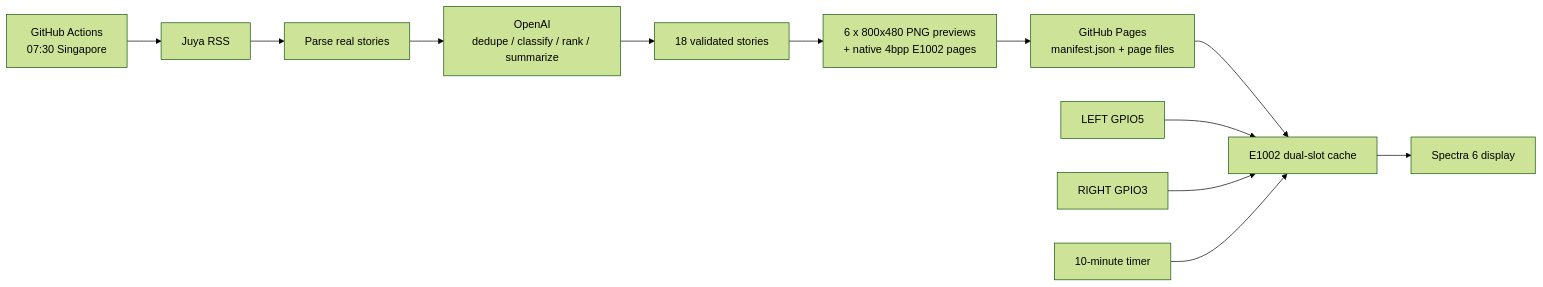
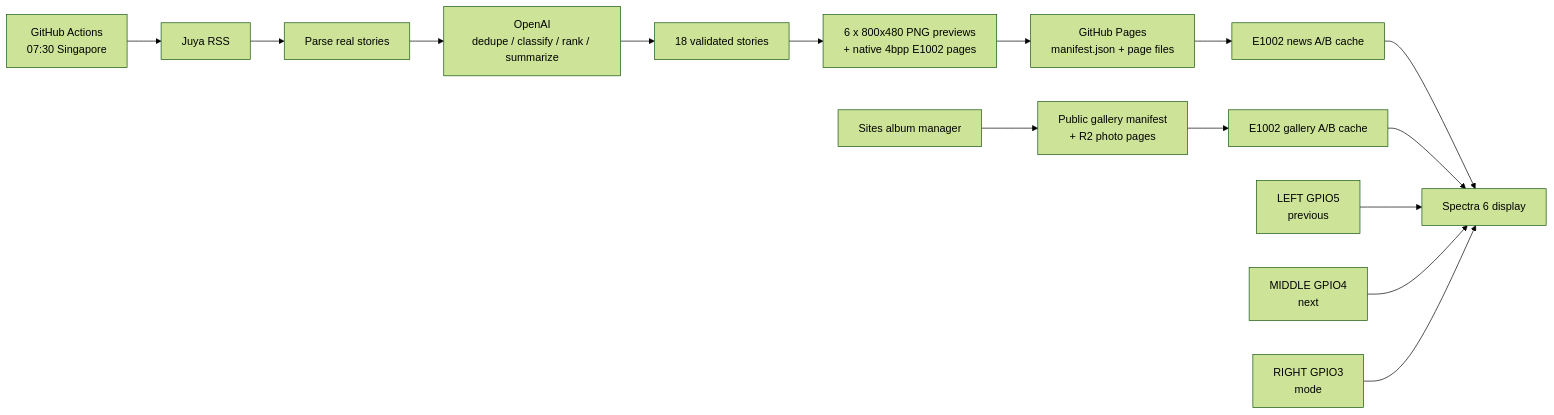
One commit to hunter118/e1002-ai-news changed the diagram in README.md. Above: the diagram before and after it, drawn with Mermaid (forest theme). The commit also changed other lines of this file and 8 other files, not shown here.

Commit message:
Add gallery mode and improve display colors

````diff
--- a/README.md
+++ b/README.md
@@ -7,14 +7,17 @@
 ```mermaid
 flowchart LR
     A[GitHub Actions<br>07:30 Singapore] --> B[Juya RSS]
     B --> C[Parse real stories]
     C --> D[OpenAI<br>dedupe / classify / rank / summarize]
     D --> E[18 validated stories]
     E --> F[6 x 800x480 PNG previews<br>+ native 4bpp E1002 pages]
     F --> G[GitHub Pages<br>manifest.json + page files]
-    G --> H[E1002 dual-slot cache]
+    G --> H[E1002 news A/B cache]
+    J[Sites album manager] --> K[Public gallery manifest<br>+ R2 photo pages]
+    K --> L[E1002 gallery A/B cache]
     H --> I[Spectra 6 display]
-    J[LEFT GPIO5] --> H
-    K[RIGHT GPIO3] --> H
-    L[10-minute timer] --> H
+    L --> I
+    M[LEFT GPIO5<br>previous] --> I
+    N[MIDDLE GPIO4<br>next] --> I
+    O[RIGHT GPIO3<br>mode] --> I
 ```
````
